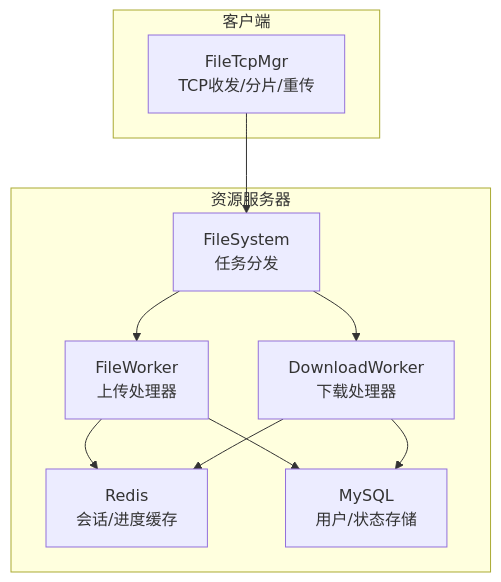
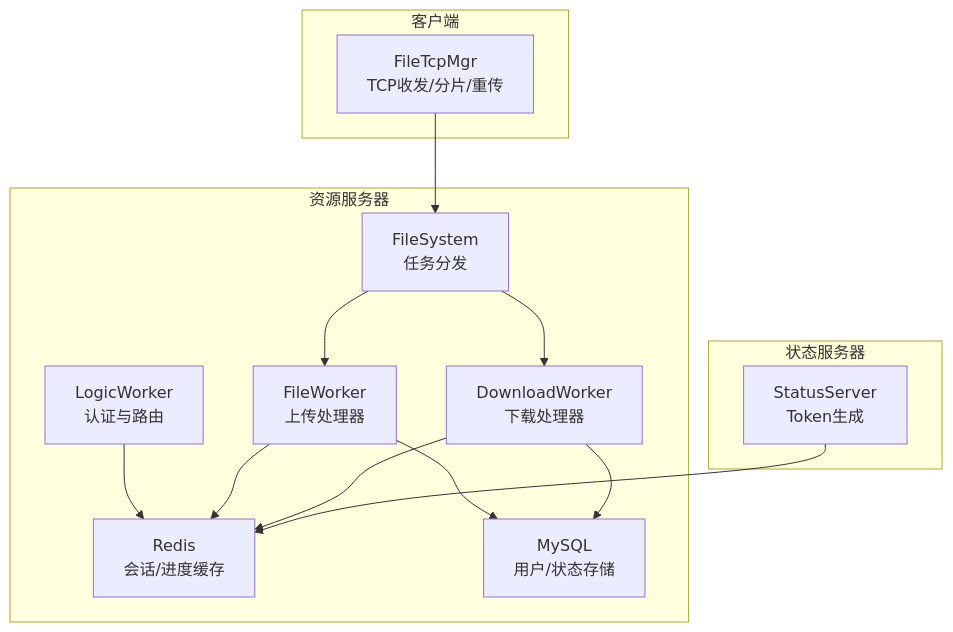
Before and after one commit to echo9923/mychatter: the first of 7 diagrams in .qoder/repowiki/zh/content/服务端开发/ResourceServer资源存储服务/安全验证机制.md, drawn with Mermaid. The commit also changed other lines of this file and 58 other files, not shown here.

````diff
--- a/.qoder/repowiki/zh/content/服务端开发/ResourceServer资源存储服务/安全验证机制.md
+++ b/.qoder/repowiki/zh/content/服务端开发/ResourceServer资源存储服务/安全验证机制.md
@@ -47,20 +61,26 @@
 ```mermaid
 graph TB
 subgraph "客户端"
 C_FileTcpMgr["FileTcpMgr<br/>TCP收发/分片/重传"]
 end
 subgraph "资源服务器"
 FS["FileSystem<br/>任务分发"]
 FW["FileWorker<br/>上传处理器"]
 DW["DownloadWorker<br/>下载处理器"]
+LW["LogicWorker<br/>认证与路由"]
 RDB["Redis<br/>会话/进度缓存"]
 DB["MySQL<br/>用户/状态存储"]
+end
+subgraph "状态服务器"
+SS["StatusServer<br/>Token生成"]
 end
 C_FileTcpMgr --> FS
 FS --> FW
 FS --> DW
+LW --> RDB
 FW --> RDB
 FW --> DB
 DW --> RDB
 DW --> DB
+SS --> RDB
 ```
````
